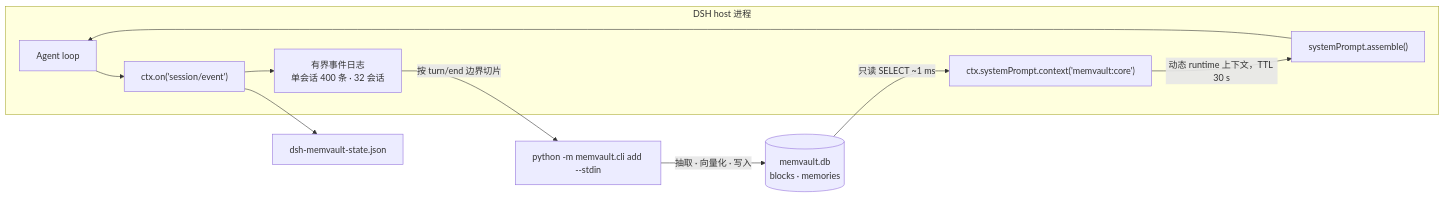
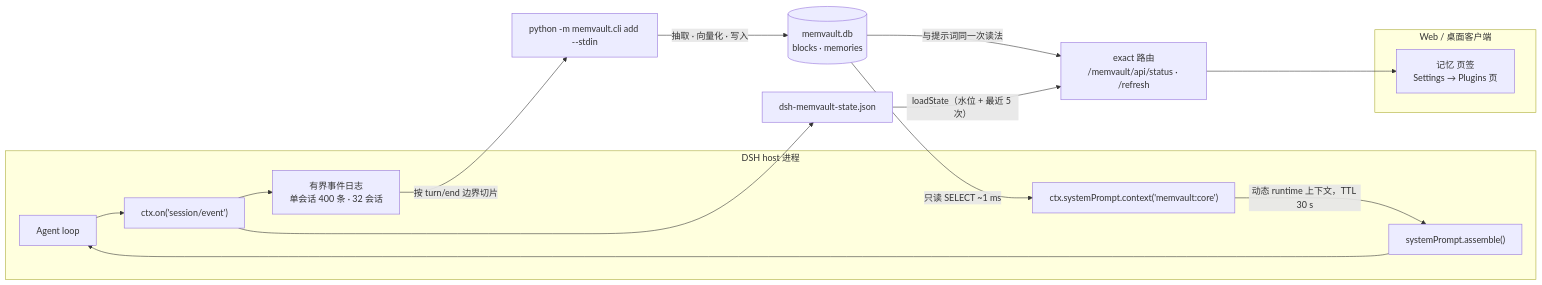
The diagram in README.zh.md (zhang66633/dsh-memvault), drawn with Mermaid before and after one commit. The commit also changed other lines of this file and 11 other files, not shown here.

````diff
--- a/README.zh.md
+++ b/README.zh.md
@@ -122,24 +145,32 @@
 ```mermaid
 flowchart LR
   subgraph HOST["DSH host 进程"]
     LOOP["Agent loop"]
     ASM["systemPrompt.assemble()"]
     CTX["ctx.systemPrompt.context('memvault:core')"]
     HOOK["ctx.on('session/event')"]
     BUFF["有界事件日志<br/>单会话 400 条 · 32 会话"]
   end
 
   DB[("memvault.db<br/>blocks · memories")]
   PY["python -m memvault.cli add --stdin"]
   STATE["dsh-memvault-state.json"]
 
+  subgraph BROWSER["Web / 桌面客户端"]
+    TAB["记忆 页签<br/>Settings → Plugins 页"]
+  end
+
   DB -->|"只读 SELECT ~1 ms"| CTX
   CTX -->|"动态 runtime 上下文，TTL 30 s"| ASM
   ASM --> LOOP
 
   LOOP --> HOOK
   HOOK --> BUFF
   BUFF -->|"按 turn/end 边界切片"| PY
   PY -->|"抽取 · 向量化 · 写入"| DB
   HOOK --> STATE
+
+  STATE -->|"loadState（水位 + 最近 5 次）"| API["exact 路由<br/>/memvault/api/status · /refresh"]
+  DB -->|"与提示词同一次读法"| API
+  API --> TAB
 ```
````
